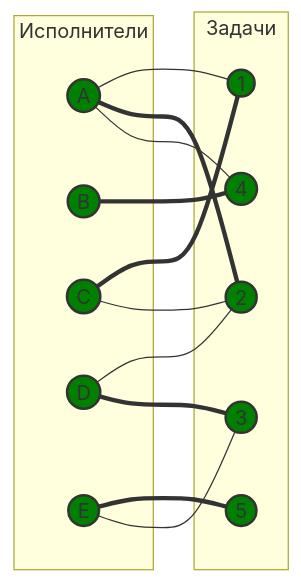
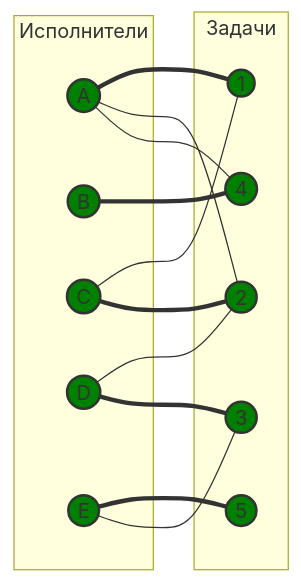
Before and after one commit to algos-ris-24-4/manual-tasks: diagram 12 of 12 in Задание 8/algosiki.md, drawn with Mermaid. The commit also changed other lines of this file, not shown here.

````diff
--- a/Задание 8/algosiki.md
+++ b/Задание 8/algosiki.md
@@ -777,39 +594,38 @@
 ```mermaid
 graph LR
     subgraph "Исполнители"
         A((A))
         B((B))
         C((C))
         D((D))
         E((E))
     end
     subgraph "Задачи"
         1((1))
         2((2))
         3((3))
         4((4))
         5((5))
     end
-
-    A --- 1
-    A === 2
+    A === 1
+    A --- 2
     A --- 4
     B === 4
-    C === 1
-    C --- 2
+    C --- 1
+    C === 2
     D --- 2
     D === 3
     E === 5
     E --- 3
-
+    
     style A fill:#008000,stroke:#333,stroke-width:2px
     style B fill:#008000,stroke:#333,stroke-width:2px
     style C fill:#008000,stroke:#333,stroke-width:2px
     style D fill:#008000,stroke:#333,stroke-width:2px
     style E fill:#008000,stroke:#333,stroke-width:2px
     style 1 fill:#008000,stroke:#333,stroke-width:2px
     style 2 fill:#008000,stroke:#333,stroke-width:2px
     style 3 fill:#008000,stroke:#333,stroke-width:2px
     style 4 fill:#008000,stroke:#333,stroke-width:2px
     style 5 fill:#008000,stroke:#333,stroke-width:2px
 ```
````
